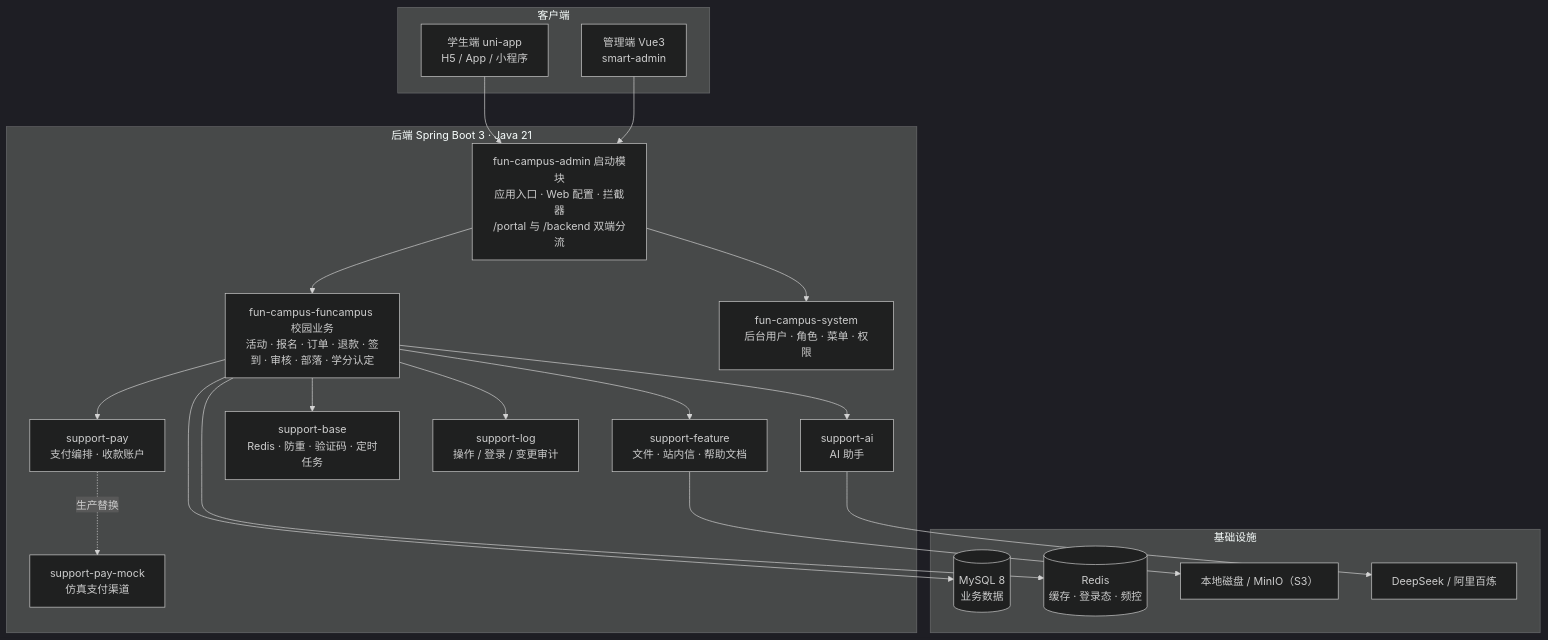
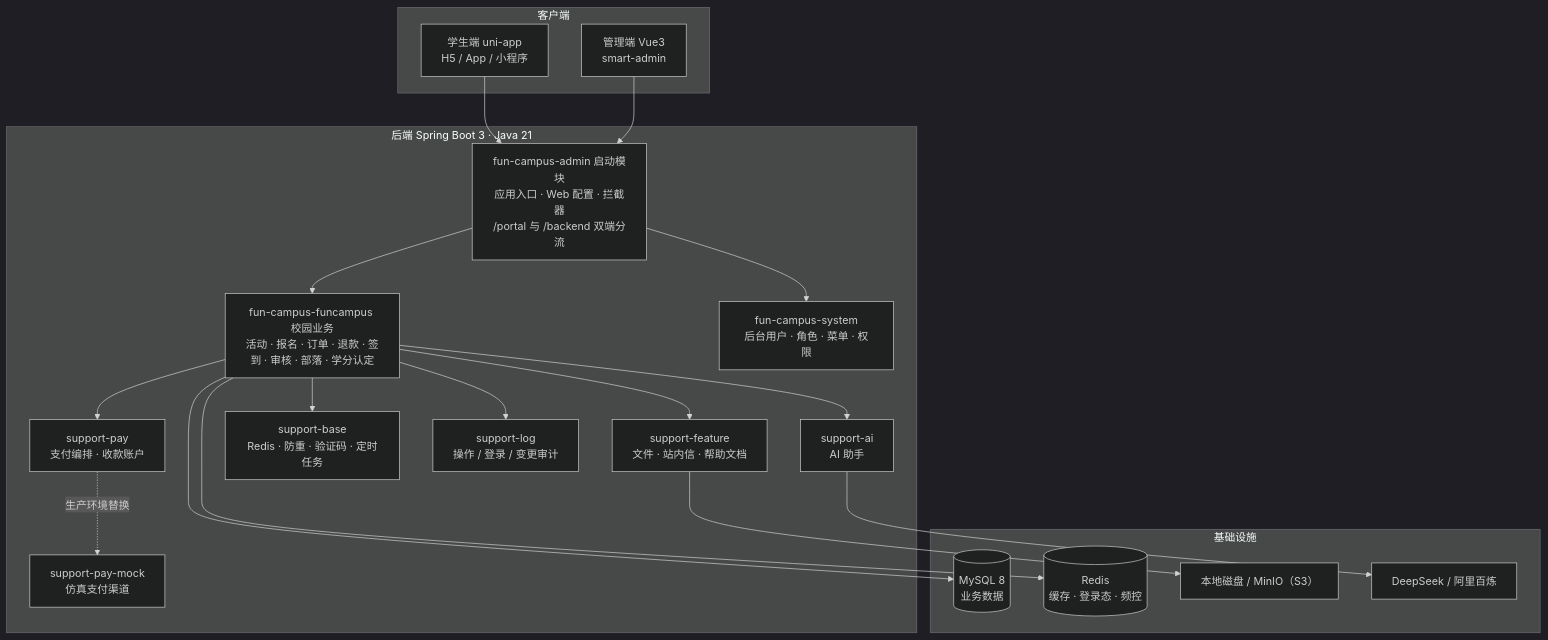
One commit to akkkka114514/fun-campus changed the first of 4 diagrams in README.md. Above: the diagram before and after it, drawn with Mermaid (dark theme).

Commit message:
docs(readme): 优化流程图中生产环境替换的标注
- 将生产替换箭头标注改为“生产环境替换”
- 提升流程图的可读性和表达准确性

````diff
--- a/README.md
+++ b/README.md
@@ -30,41 +30,41 @@
 ```mermaid
 flowchart TB
     subgraph Client["客户端"]
         APP["学生端 uni-app<br/>H5 / App / 小程序"]
         WEB["管理端 Vue3<br/>smart-admin"]
     end
 
     subgraph Server["后端 Spring Boot 3 · Java 21"]
         ADMIN["fun-campus-admin 启动模块<br/>应用入口 · Web 配置 · 拦截器<br/>/portal 与 /backend 双端分流"]
         FUNC["fun-campus-funcampus 校园业务<br/>活动 · 报名 · 订单 · 退款 · 签到 · 审核 · 部落 · 学分认定"]
         SYS["fun-campus-system<br/>后台用户 · 角色 · 菜单 · 权限"]
         PAY["support-pay<br/>支付编排 · 收款账户"]
         MOCK["support-pay-mock<br/>仿真支付渠道"]
         AI["support-ai<br/>AI 助手"]
         FEAT["support-feature<br/>文件 · 站内信 · 帮助文档"]
         BASE["support-base<br/>Redis · 防重 · 验证码 · 定时任务"]
         LOG["support-log<br/>操作 / 登录 / 变更审计"]
     end
 
     subgraph Infra["基础设施"]
         DB[("MySQL 8<br/>业务数据")]
         CACHE[("Redis<br/>缓存 · 登录态 · 频控")]
         FS["本地磁盘 / MinIO（S3）"]
         LLM["DeepSeek / 阿里百炼"]
     end
 
     APP --> ADMIN
     WEB --> ADMIN
     ADMIN --> FUNC
     ADMIN --> SYS
     FUNC --> PAY
-    PAY -. 生产替换 .-> MOCK
+    PAY -.->|生产环境替换| MOCK
     FUNC --> AI
     FUNC --> FEAT
     FUNC --> BASE
     FUNC --> LOG
     FUNC --> DB
     FUNC --> CACHE
     FEAT --> FS
     AI --> LLM
 ```
````
